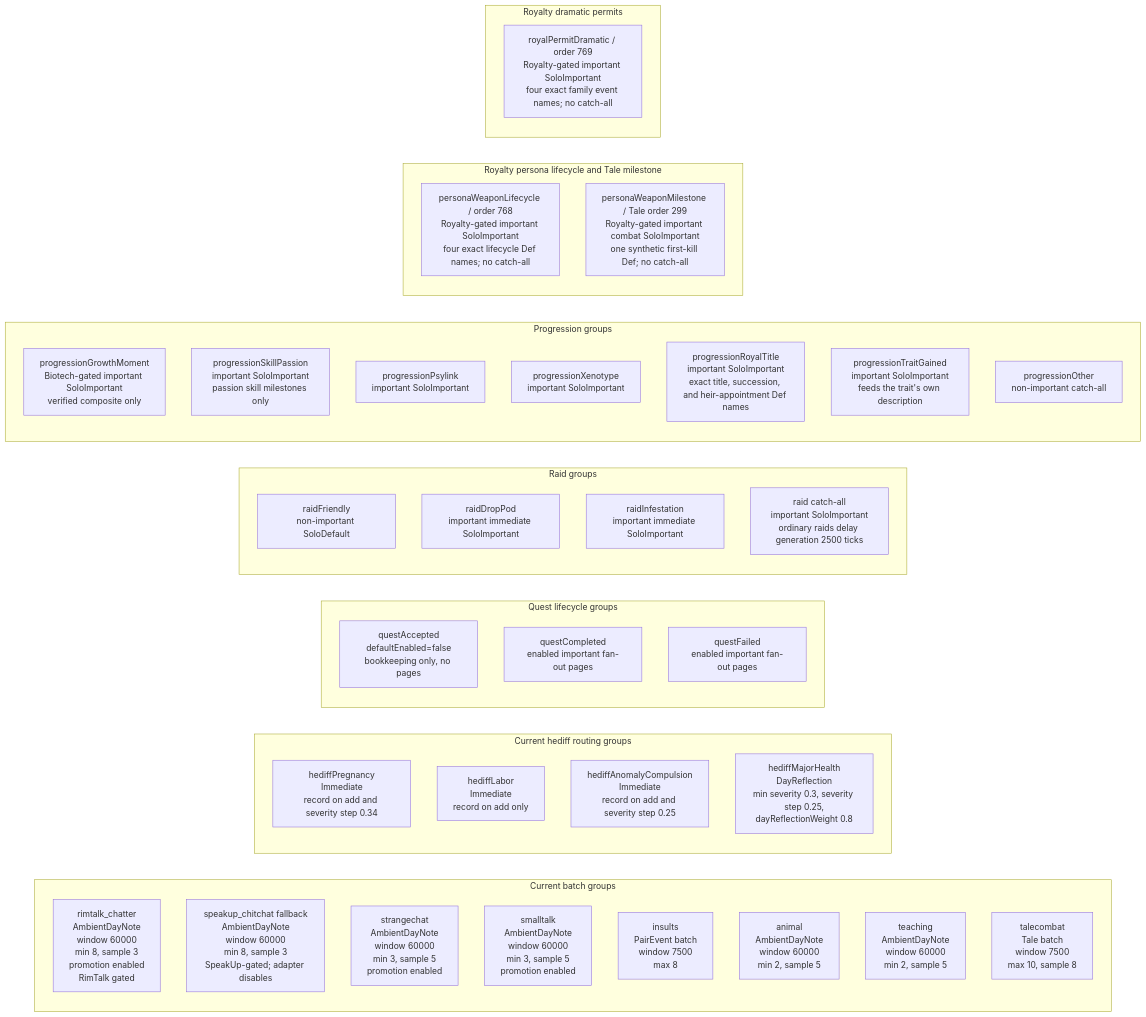
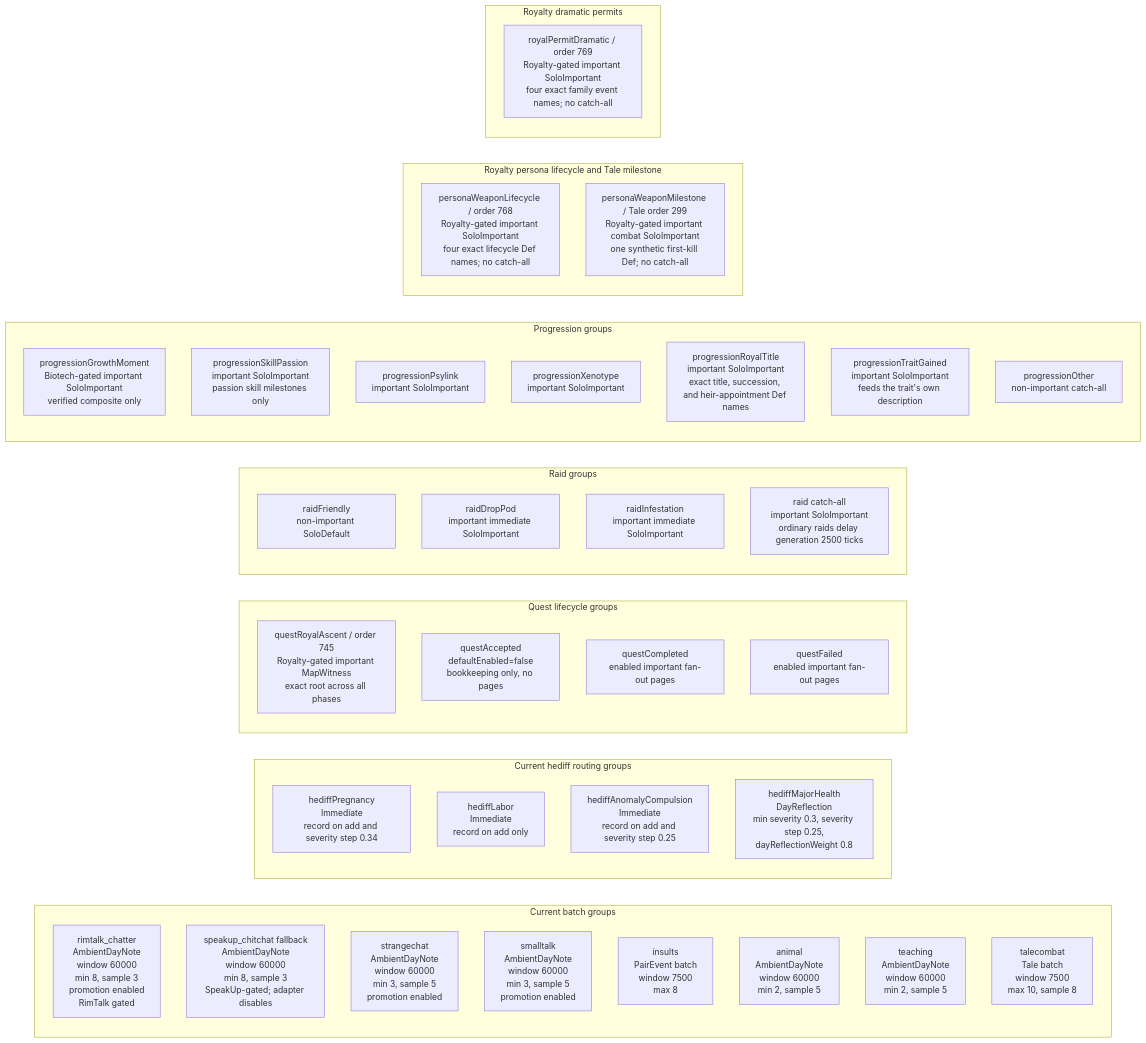
The fourth of 6 diagrams in EVENT_PROMPT_MAP.md (aimmlegate/PawnDiary), drawn with Mermaid before and after one commit. The commit also changed other lines of this file and 45 other files, not shown here.

Commit message:
Implement Royalty Phase 7 Royal Ascent

````diff
--- a/EVENT_PROMPT_MAP.md
+++ b/EVENT_PROMPT_MAP.md
@@ -346,52 +355,53 @@
 ```mermaid
 flowchart LR
     subgraph Batches["Current batch groups"]
         BG0["rimtalk_chatter<br/>AmbientDayNote<br/>window 60000<br/>min 8, sample 3<br/>promotion enabled<br/>RimTalk gated"]
         BG1["speakup_chitchat fallback<br/>AmbientDayNote<br/>window 60000<br/>min 8, sample 3<br/>SpeakUp-gated; adapter disables"]
         BG2["strangechat<br/>AmbientDayNote<br/>window 60000<br/>min 3, sample 5<br/>promotion enabled"]
         BG3["smalltalk<br/>AmbientDayNote<br/>window 60000<br/>min 3, sample 5<br/>promotion enabled"]
         BG4["insults<br/>PairEvent batch<br/>window 7500<br/>max 8"]
         BG5["animal<br/>AmbientDayNote<br/>window 60000<br/>min 2, sample 5"]
         BG6["teaching<br/>AmbientDayNote<br/>window 60000<br/>min 2, sample 5"]
         BG7["talecombat<br/>Tale batch<br/>window 7500<br/>max 10, sample 8"]
     end
 
     subgraph HediffGroups["Current hediff routing groups"]
         HG1["hediffPregnancy<br/>Immediate<br/>record on add and severity step 0.34"]
         HG2["hediffLabor<br/>Immediate<br/>record on add only"]
         HG3["hediffAnomalyCompulsion<br/>Immediate<br/>record on add and severity step 0.25"]
         HG4["hediffMajorHealth<br/>DayReflection<br/>min severity 0.3, severity step 0.25,<br/>dayReflectionWeight 0.8"]
     end
 
     subgraph QuestGroups["Quest lifecycle groups"]
+        Q0["questRoyalAscent / order 745<br/>Royalty-gated important MapWitness<br/>exact root across all phases"]
         Q1["questAccepted<br/>defaultEnabled=false<br/>bookkeeping only, no pages"]
         Q2["questCompleted<br/>enabled important fan-out pages"]
         Q3["questFailed<br/>enabled important fan-out pages"]
     end
 
     subgraph RaidGroups["Raid groups"]
         R1["raidFriendly<br/>non-important SoloDefault"]
         R2["raidDropPod<br/>important immediate SoloImportant"]
         R3["raidInfestation<br/>important immediate SoloImportant"]
         R4["raid catch-all<br/>important SoloImportant<br/>ordinary raids delay generation 2500 ticks"]
     end
 
     subgraph ProgressionGroups["Progression groups"]
         P0["progressionGrowthMoment<br/>Biotech-gated important SoloImportant<br/>verified composite only"]
         P1["progressionSkillPassion<br/>important SoloImportant<br/>passion skill milestones only"]
         P2["progressionPsylink<br/>important SoloImportant"]
         P3["progressionXenotype<br/>important SoloImportant"]
         P4["progressionRoyalTitle<br/>important SoloImportant<br/>exact title, succession, and heir-appointment Def names"]
         P5["progressionTraitGained<br/>important SoloImportant<br/>feeds the trait's own description"]
         P6["progressionOther<br/>non-important catch-all"]
     end
 
     subgraph PersonaGroups["Royalty persona lifecycle and Tale milestone"]
         RP1["personaWeaponLifecycle / order 768<br/>Royalty-gated important SoloImportant<br/>four exact lifecycle Def names; no catch-all"]
         RP2["personaWeaponMilestone / Tale order 299<br/>Royalty-gated important combat SoloImportant<br/>one synthetic first-kill Def; no catch-all"]
     end
 
     subgraph PermitGroups["Royalty dramatic permits"]
         RP3["royalPermitDramatic / order 769<br/>Royalty-gated important SoloImportant<br/>four exact family event names; no catch-all"]
     end
 ```
````
